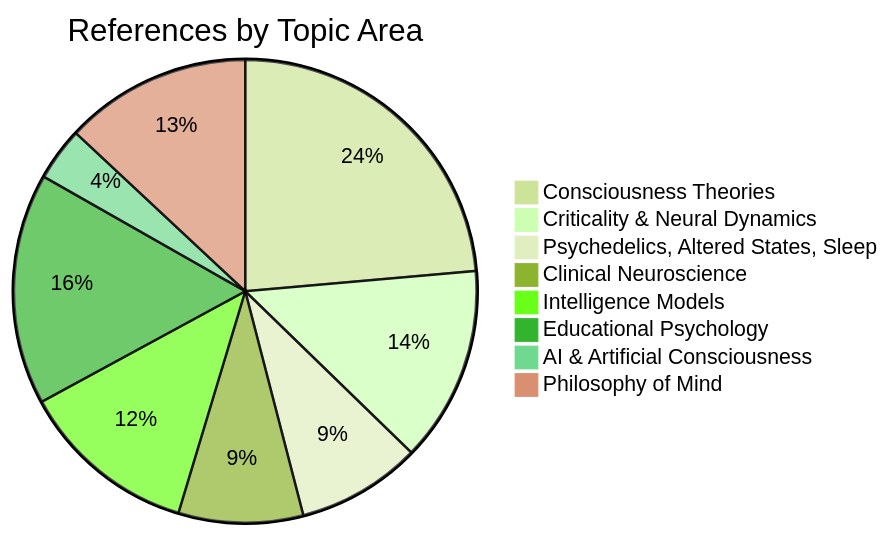
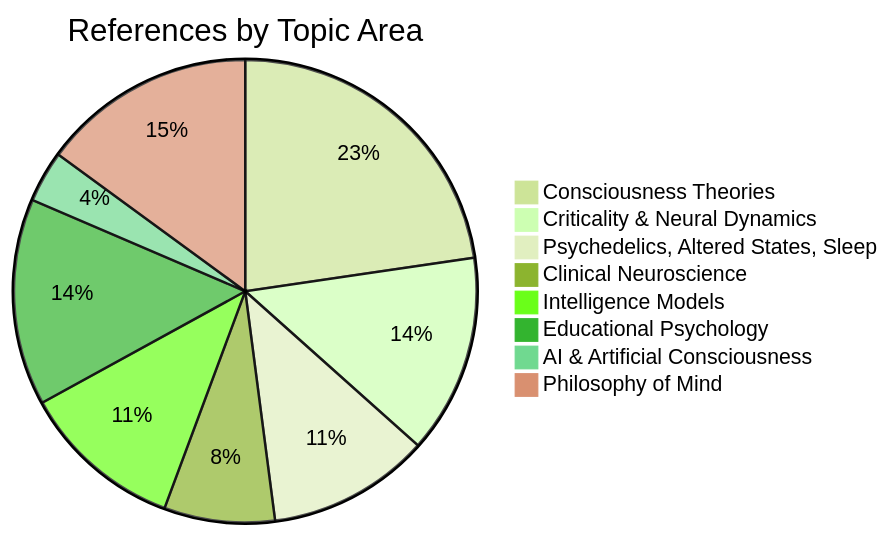
One commit to JeltzProstetnic/aIware changed the diagram in wiki/reference/bibliography.md. Above: the diagram before and after it, drawn with Mermaid (forest theme). The commit also changed other lines of this file and 42 other files, not shown here.

````diff
--- a/wiki/reference/bibliography.md
+++ b/wiki/reference/bibliography.md
@@ -527,11 +557,11 @@
 ```mermaid
 pie title References by Topic Area
-    "Consciousness Theories" : 38
-    "Criticality & Neural Dynamics" : 22
-    "Psychedelics, Altered States, Sleep" : 14
-    "Clinical Neuroscience" : 14
-    "Intelligence Models" : 20
-    "Educational Psychology" : 26
-    "AI & Artificial Consciousness" : 6
-    "Philosophy of Mind" : 21
+    "Consciousness Theories" : 44
+    "Criticality & Neural Dynamics" : 27
+    "Psychedelics, Altered States, Sleep" : 22
+    "Clinical Neuroscience" : 15
+    "Intelligence Models" : 22
+    "Educational Psychology" : 28
+    "AI & Artificial Consciousness" : 7
+    "Philosophy of Mind" : 29
 ```
````
